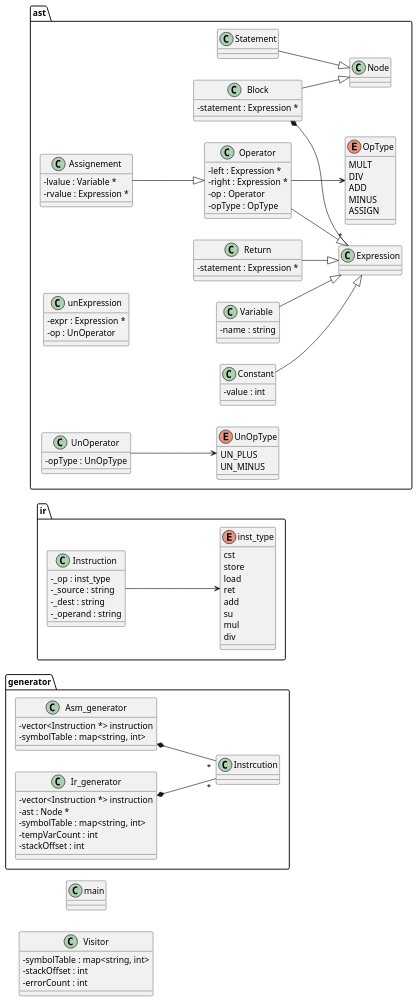
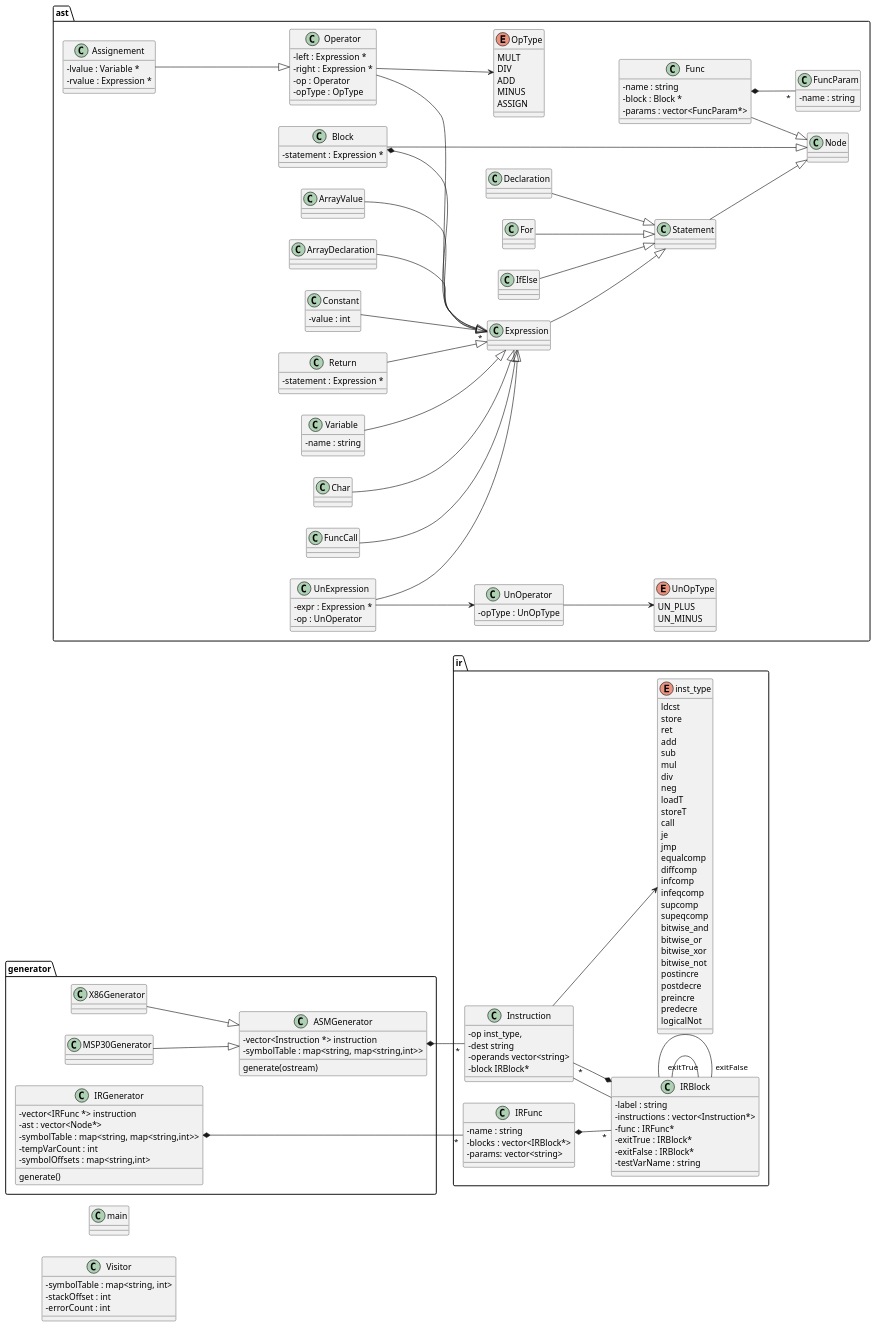
One commit to theochp/c-antlr-compiler changed the diagram in res/diagram.puml. Above: the diagram before and after it, drawn with PlantUML. The commit also changed 5 other files, not shown here.

Commit message:
update diagram (#49)

```diff
--- a/res/diagram.puml
+++ b/res/diagram.puml
@@ -2,50 +2,105 @@
 skinparam classAttributeIconSize 0
 left to right direction
 
-package generator{
-
-    Asm_generator *-- "*" Instrcution
-
-    class Asm_generator{
-        -vector<Instruction *> instruction
-        -symbolTable : map<string, int>
-    }
-
-    
-    Ir_generator *-- "*" Instrcution
-
-    class Ir_generator{
-        -vector<Instruction *> instruction
-        -ast : Node *
-        -symbolTable : map<string, int>
-        -tempVarCount : int
-        -stackOffset : int
-    }
-
-}
 
 package ir{
 
     Instruction --> inst_type
 
     class Instruction{
-        -_op : inst_type
-        -_source : string
-        -_dest : string
-        -_operand : string
+        - op inst_type,
+        - dest string
+        - operands vector<string>
+        - block IRBlock*
     }
 
+    Instruction -- IRBlock
+
+
+    class IRFunc {
+        - name : string
+        - blocks : vector<IRBlock*>
+        - params: vector<string>
+    }
+
+    class IRBlock {
+        - label : string
+        - instructions : vector<Instruction*>
+        - func : IRFunc*
+        - exitTrue : IRBlock*
+        - exitFalse : IRBlock*
+        - testVarName : string
+    }
+
+    IRBlock *-- "*" Instruction
+    IRFunc *-- "*" IRBlock
+
+    IRBlock -- "exitTrue" IRBlock
+    IRBlock -- "exitFalse" IRBlock
+
     enum inst_type {
-        cst
+        ldcst
         store
-        load
         ret
         add
-        su
+        sub
         mul
         div
+        neg
+        loadT
+        storeT
+        call
+        je
+        jmp
+        equalcomp
+        diffcomp
+        infcomp
+        infeqcomp
+        supcomp
+        supeqcomp
+        bitwise_and
+        bitwise_or
+        bitwise_xor
+        bitwise_not
+        postincre
+        postdecre
+        preincre
+        predecre
+        logicalNot
     }
 }
+
+package generator{
+
+    ASMGenerator *-- "*" Instruction
+
+    class ASMGenerator {
+        -vector<Instruction *> instruction
+        -symbolTable : map<string, map<string,int>>
+
+        generate(ostream)
+
+    }
+
+    
+    IRGenerator *-- "*" IRFunc
+    class IRGenerator{
+        -vector<IRFunc *> instruction
+        -ast : vector<Node*>
+        -symbolTable : map<string, map<string,int>>
+        -tempVarCount : int
+        -symbolOffsets : map<string,int>
+
+        generate()
+
+    }
+
+
+    X86Generator --|> ASMGenerator
+    MSP30Generator --|> ASMGenerator
+
+}
+
 
 
 package ast{
@@ -57,12 +112,34 @@
     Operator --|> Expression
     Return --|> Expression
     Variable --|> Expression
+    Char --|> Expression
+    Expression --|> Statement
+    Declaration --|> Statement
+    For --|> Statement
+    Func --|> Node
+    FuncCall --|> Expression
+    IfElse --|> Statement
+    ArrayValue --|> Expression
+    ArrayDeclaration --|> Expression
+    UnExpression --|> Expression
 
     Block *-- "*" Expression
     
     class Node{
         
     }
+
+    class FuncParam {
+        - name : string
+    }
+
+    class Func {
+        - name : string
+        - block : Block *
+        - params : vector<FuncParam*>
+    }
+
+    Func *-- "*" FuncParam
 
     class Assignement{
         -lvalue : Variable *
@@ -101,10 +178,11 @@
         -statement : Expression *
     }
     
-    class unExpression{
+    class UnExpression{
         -expr : Expression *
         -op : UnOperator
     }
+    UnExpression --> UnOperator
     UnOperator --> UnOpType
     class UnOperator{
         -opType : UnOpType
```
